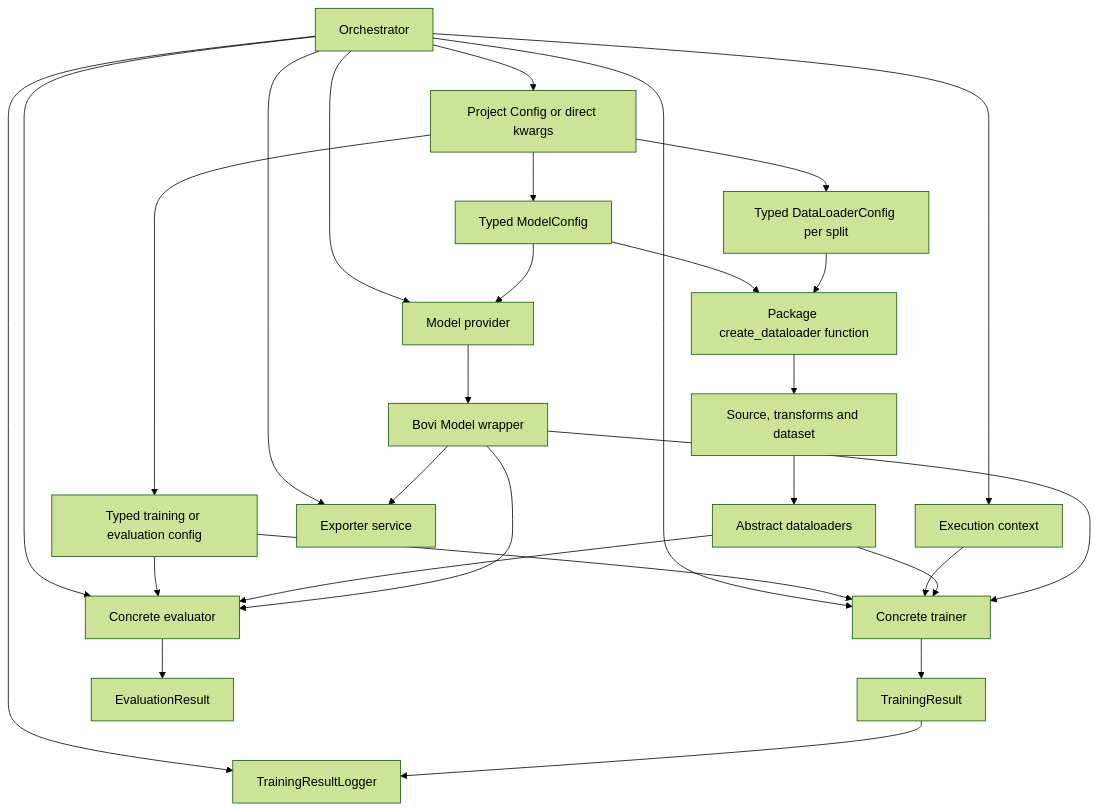
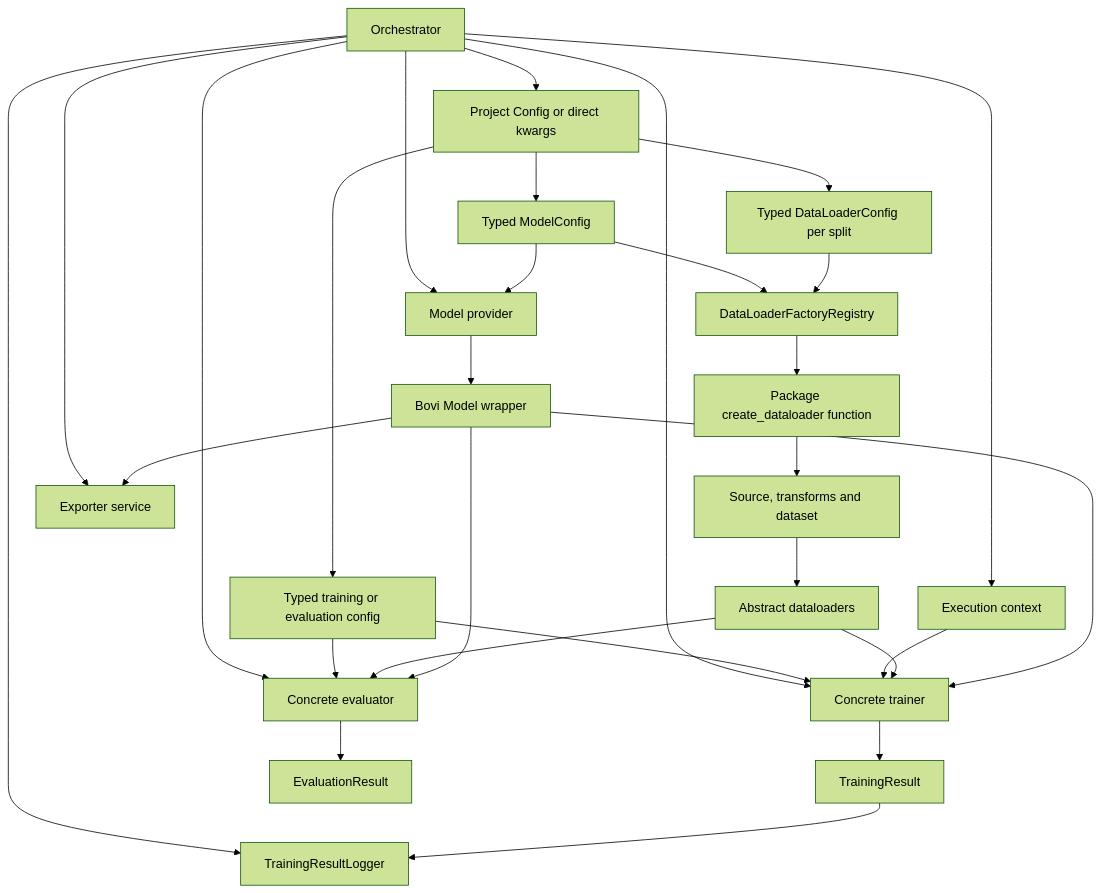
Before and after one commit to Bovi-analytics/bovi: the first of 3 diagrams in docs/documentation/trainer-module.md, drawn with Mermaid (forest theme). The commit also changed other lines of this file and 26 other files, not shown here.

````diff
--- a/docs/documentation/trainer-module.md
+++ b/docs/documentation/trainer-module.md
@@ -214,48 +214,50 @@
 ```mermaid
 flowchart TB
     O[Orchestrator]
     C[Project Config or direct kwargs]
     MC[Typed ModelConfig]
     DC[Typed DataLoaderConfig per split]
     RC[Typed training or evaluation config]
     X[Execution context]
+    DR[DataLoaderFactoryRegistry]
     F[Package create_dataloader function]
     D[Source, transforms and dataset]
     L[Abstract dataloaders]
     P[Model provider]
     M[Bovi Model wrapper]
     T[Concrete trainer]
     R[TrainingResult]
     E[Concrete evaluator]
     ER[EvaluationResult]
     LG[TrainingResultLogger]
     EX[Exporter service]
 
     O --> C
     C --> MC
     C --> DC
     C --> RC
     O --> X
-    MC --> F
-    DC --> F
+    MC --> DR
+    DC --> DR
+    DR --> F
     F --> D
     D --> L
     O --> P
     MC --> P
     P --> M
     O --> T
     RC --> T
     X --> T
     L --> T
     M --> T
     T --> R
     O --> E
     RC --> E
     L --> E
     M --> E
     E --> ER
     O --> LG
     R --> LG
     O --> EX
     M --> EX
 ```
````
